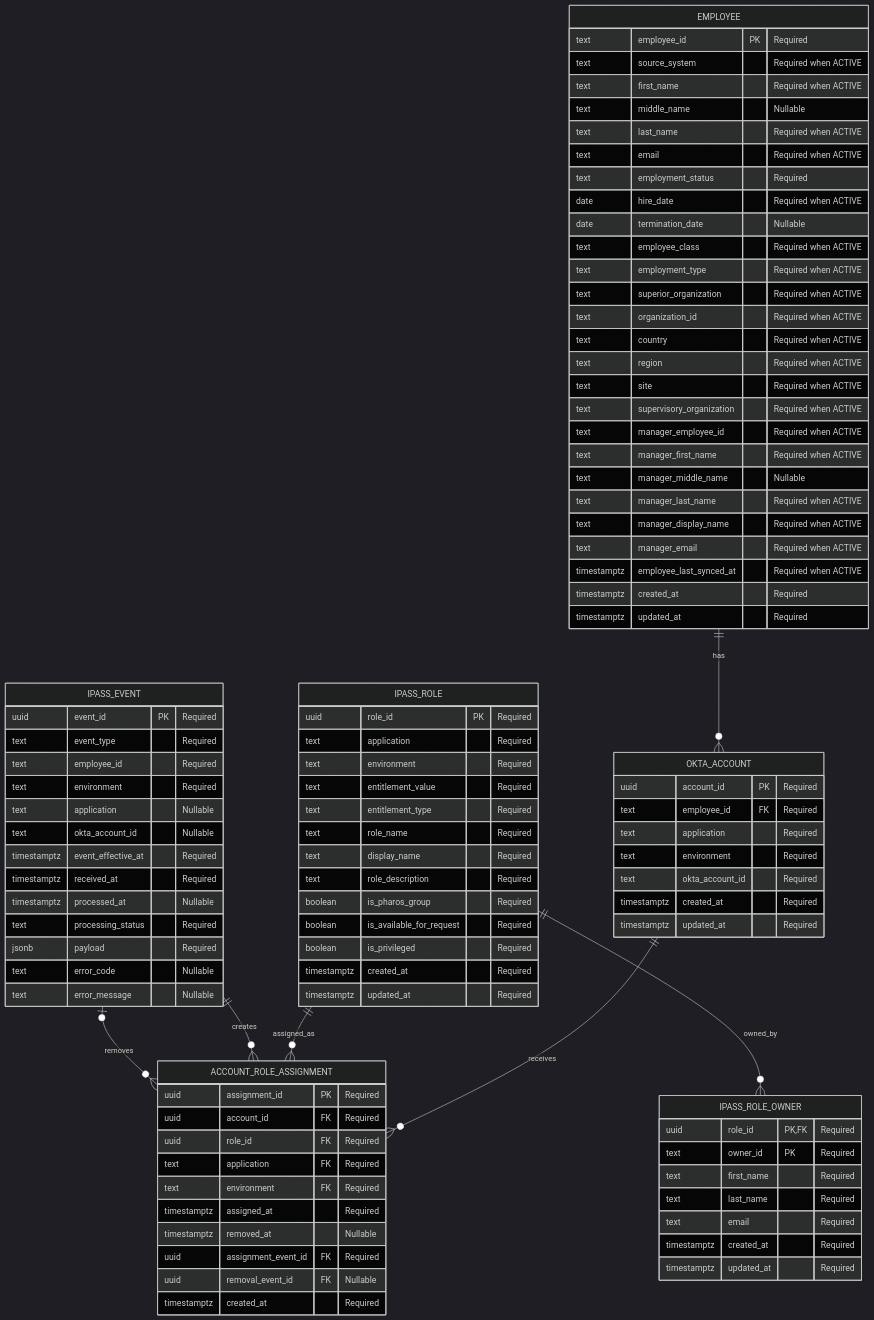
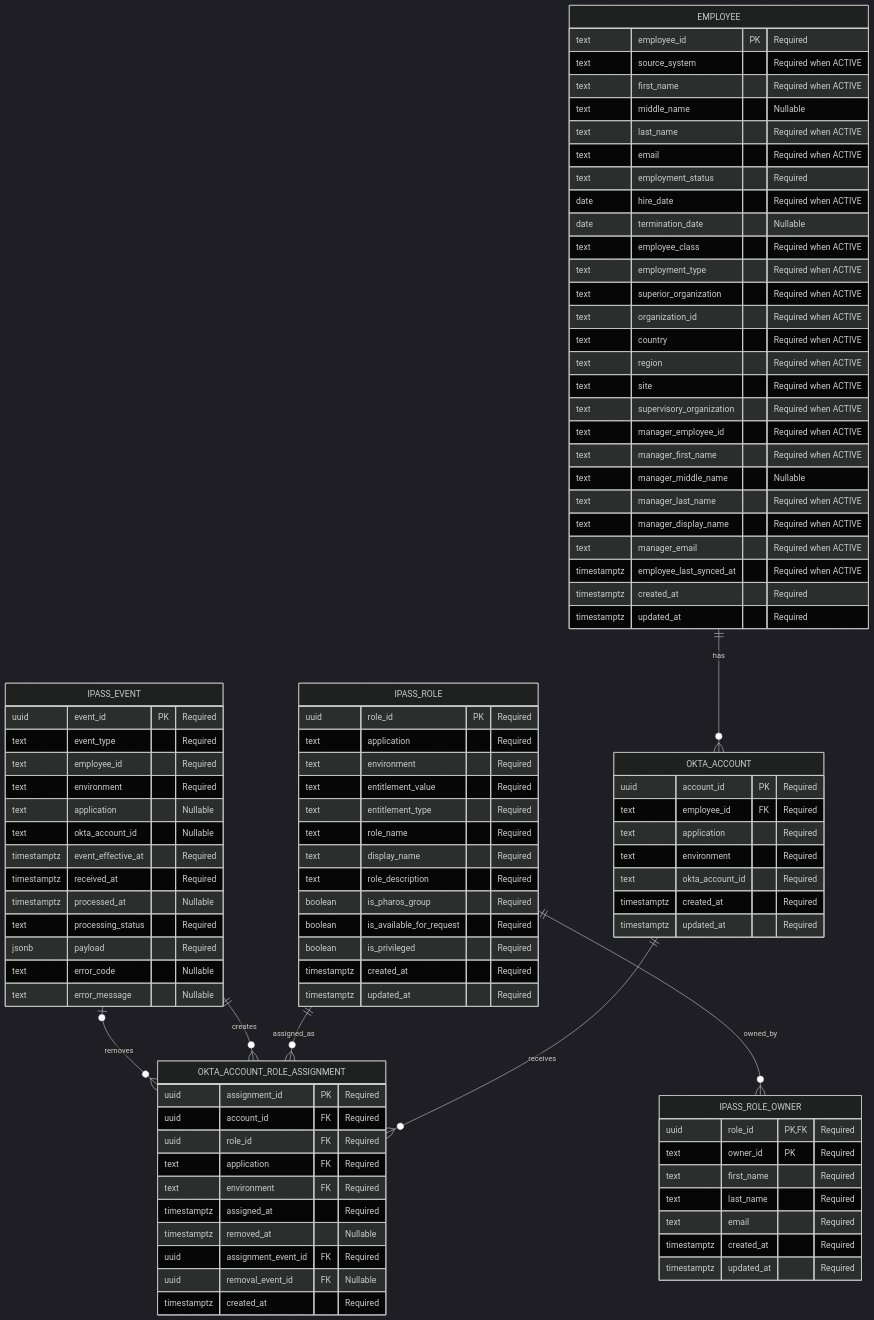
Before and after one commit to bvm-arjun108/user-access-management: the diagram in docs/pharos-ingestion-full-erd.mmd, drawn with Mermaid (dark theme). The commit also changed 10 other files, not shown here.

```diff
--- a/docs/pharos-ingestion-full-erd.mmd
+++ b/docs/pharos-ingestion-full-erd.mmd
@@ -1,101 +1,101 @@
 erDiagram
     EMPLOYEE ||--o{ OKTA_ACCOUNT : has
-    OKTA_ACCOUNT ||--o{ ACCOUNT_ROLE_ASSIGNMENT : receives
-    IPASS_ROLE ||--o{ ACCOUNT_ROLE_ASSIGNMENT : assigned_as
+    OKTA_ACCOUNT ||--o{ OKTA_ACCOUNT_ROLE_ASSIGNMENT : receives
+    IPASS_ROLE ||--o{ OKTA_ACCOUNT_ROLE_ASSIGNMENT : assigned_as
     IPASS_ROLE ||--o{ IPASS_ROLE_OWNER : owned_by
-    IPASS_EVENT ||--o{ ACCOUNT_ROLE_ASSIGNMENT : creates
-    IPASS_EVENT o|--o{ ACCOUNT_ROLE_ASSIGNMENT : removes
+    IPASS_EVENT ||--o{ OKTA_ACCOUNT_ROLE_ASSIGNMENT : creates
+    IPASS_EVENT o|--o{ OKTA_ACCOUNT_ROLE_ASSIGNMENT : removes
 
     EMPLOYEE {
         text employee_id PK "Required"
         text source_system "Required when ACTIVE"
         text first_name "Required when ACTIVE"
         text middle_name "Nullable"
         text last_name "Required when ACTIVE"
         text email "Required when ACTIVE"
         text employment_status "Required"
         date hire_date "Required when ACTIVE"
         date termination_date "Nullable"
         text employee_class "Required when ACTIVE"
         text employment_type "Required when ACTIVE"
         text superior_organization "Required when ACTIVE"
         text organization_id "Required when ACTIVE"
         text country "Required when ACTIVE"
         text region "Required when ACTIVE"
         text site "Required when ACTIVE"
         text supervisory_organization "Required when ACTIVE"
         text manager_employee_id "Required when ACTIVE"
         text manager_first_name "Required when ACTIVE"
         text manager_middle_name "Nullable"
         text manager_last_name "Required when ACTIVE"
         text manager_display_name "Required when ACTIVE"
         text manager_email "Required when ACTIVE"
         timestamptz employee_last_synced_at "Required when ACTIVE"
         timestamptz created_at "Required"
         timestamptz updated_at "Required"
     }
 
     OKTA_ACCOUNT {
         uuid account_id PK "Required"
         text employee_id FK "Required"
         text application "Required"
         text environment "Required"
         text okta_account_id "Required"
         timestamptz created_at "Required"
         timestamptz updated_at "Required"
     }
 
     IPASS_ROLE {
         uuid role_id PK "Required"
         text application "Required"
         text environment "Required"
         text entitlement_value "Required"
         text entitlement_type "Required"
         text role_name "Required"
         text display_name "Required"
         text role_description "Required"
         boolean is_pharos_group "Required"
         boolean is_available_for_request "Required"
         boolean is_privileged "Required"
         timestamptz created_at "Required"
         timestamptz updated_at "Required"
     }
 
     IPASS_ROLE_OWNER {
         uuid role_id PK,FK "Required"
         text owner_id PK "Required"
         text first_name "Required"
         text last_name "Required"
         text email "Required"
         timestamptz created_at "Required"
         timestamptz updated_at "Required"
     }
 
     IPASS_EVENT {
         uuid event_id PK "Required"
         text event_type "Required"
         text employee_id "Required"
         text environment "Required"
         text application "Nullable"
         text okta_account_id "Nullable"
         timestamptz event_effective_at "Required"
         timestamptz received_at "Required"
         timestamptz processed_at "Nullable"
         text processing_status "Required"
         jsonb payload "Required"
         text error_code "Nullable"
         text error_message "Nullable"
     }
 
-    ACCOUNT_ROLE_ASSIGNMENT {
+    OKTA_ACCOUNT_ROLE_ASSIGNMENT {
         uuid assignment_id PK "Required"
         uuid account_id FK "Required"
         uuid role_id FK "Required"
         text application FK "Required"
         text environment FK "Required"
         timestamptz assigned_at "Required"
         timestamptz removed_at "Nullable"
         uuid assignment_event_id FK "Required"
         uuid removal_event_id FK "Nullable"
         timestamptz created_at "Required"
     }
```
